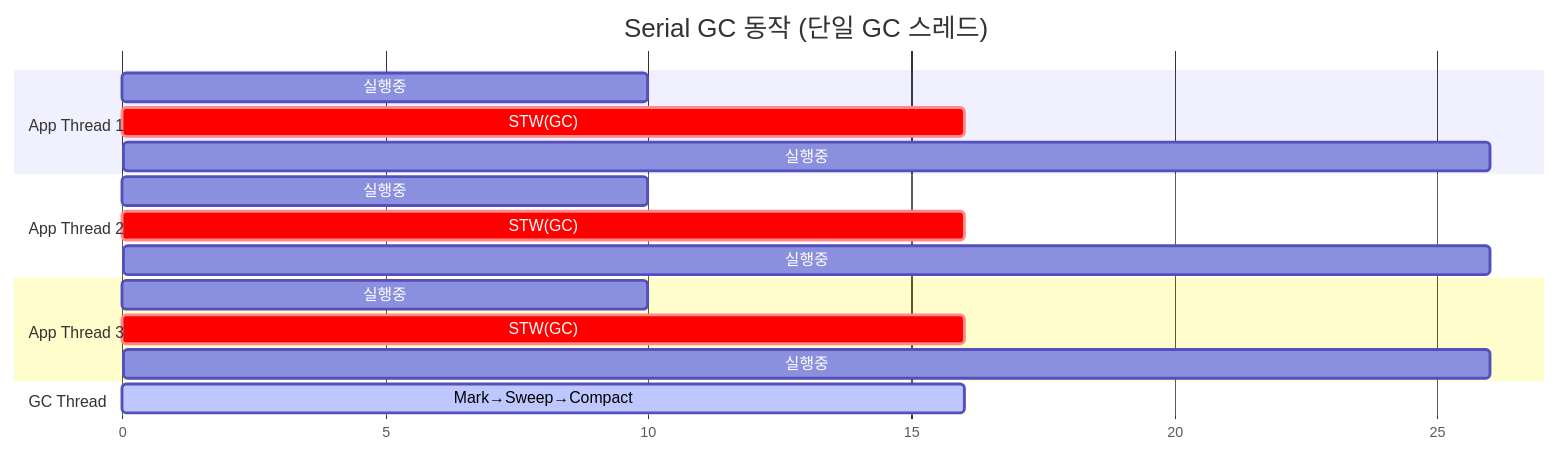
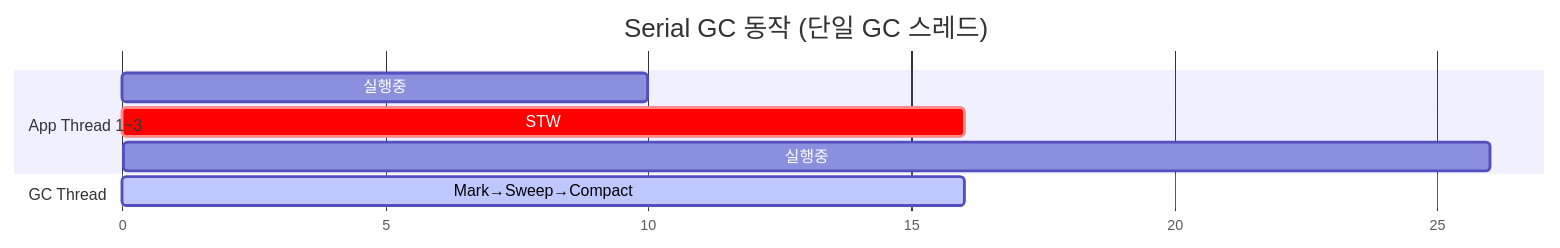
Diagram 11 of 29 in _posts/java/2026-05-01-java-garbage-collector.md (yjkim2015/yjkim2015.github.io), drawn with Mermaid before and after one commit. The commit also changed other lines of this file and 215 other files, not shown here.

First line of the commit message:
신규 포스트 10개 추가 + Mermaid 전면 축소 + SystemDesign 시리즈 보강

````diff
--- a/_posts/java/2026-05-01-java-garbage-collector.md
+++ b/_posts/java/2026-05-01-java-garbage-collector.md
@@ -242,24 +204,12 @@
 ```mermaid
 gantt
     title Serial GC 동작 (단일 GC 스레드)
     dateFormat X
     axisFormat %s
-
-    section App Thread 1
+    section App Thread 1~3
     실행중 : 0, 10
-    STW(GC) : crit, 10, 16
+    STW : crit, 10, 16
     실행중 : 16, 26
-
-    section App Thread 2
-    실행중 : 0, 10
-    STW(GC) : crit, 10, 16
-    실행중 : 16, 26
-
-    section App Thread 3
-    실행중 : 0, 10
-    STW(GC) : crit, 10, 16
-    실행중 : 16, 26
-
     section GC Thread
     Mark→Sweep→Compact : active, 10, 16
 ```
````
